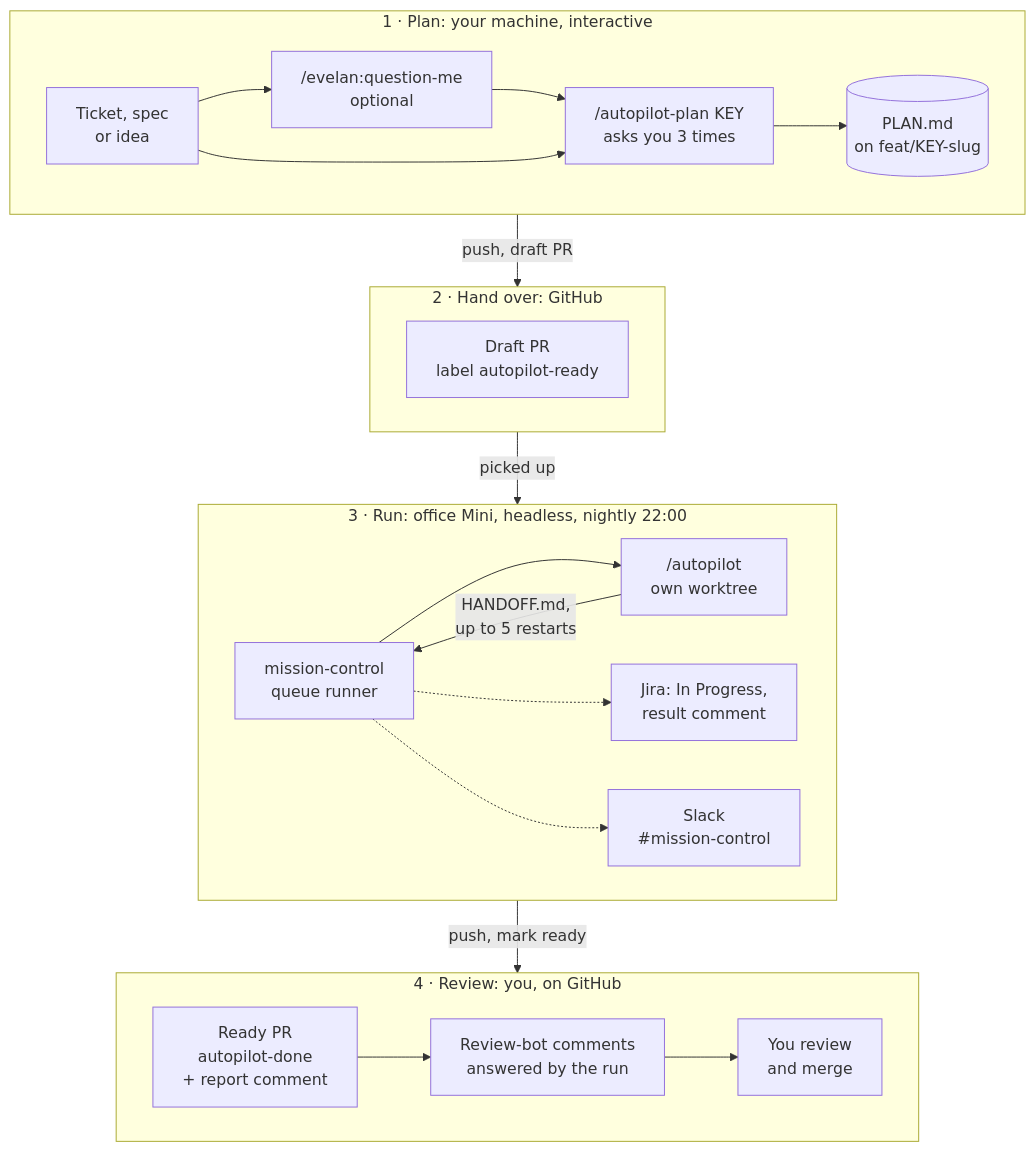
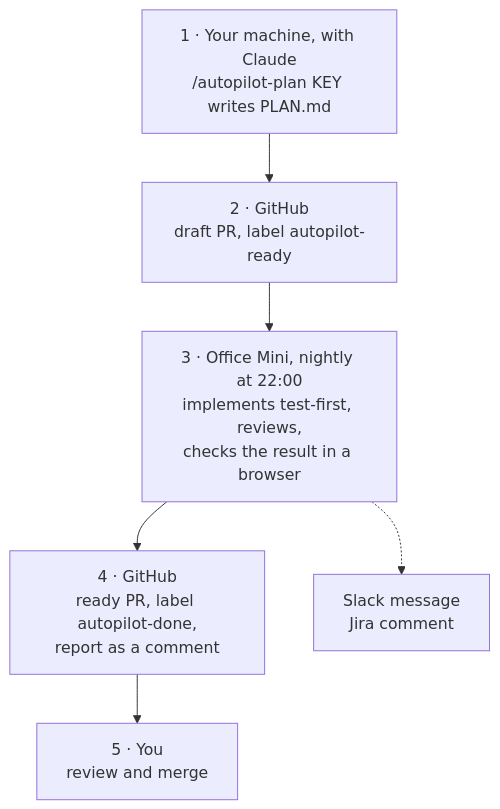
One commit to evelan-de/claude-code-plugins changed the first of 7 diagrams in docs/autopilot-developer-guide.md. Above: the diagram before and after it, drawn with Mermaid. The commit also changed other lines of this file and 9 other files, not shown here.

Commit message:
docs+fix(autopilot): README and developer guide describe the current state only; developer PRs: replies from the queue machine count as answered, start comment on the PR, plan branches from origin/<base> (plugin 3.1.4)

````diff
--- a/docs/autopilot-developer-guide.md
+++ b/docs/autopilot-developer-guide.md
@@ -33,33 +35,8 @@
 ```mermaid
 flowchart TB
-    subgraph S1["1 · Plan: your machine, interactive"]
-        direction LR
-        T["Ticket, spec<br/>or idea"] --> Q["/evelan:question-me<br/>optional"]
-        Q --> P["/autopilot-plan KEY<br/>asks you 3 times"]
-        T --> P
-        P --> PLAN[("PLAN.md<br/>on feat/KEY-slug")]
-    end
-
-    subgraph S2["2 · Hand over: GitHub"]
-        direction LR
-        DPR["Draft PR<br/>label autopilot-ready"]
-    end
-
-    subgraph S3["3 · Run: office Mini, headless, nightly 22:00"]
-        direction LR
-        MC["mission-control<br/>queue runner"] --> RUN["/autopilot<br/>own worktree"]
-        RUN -- "HANDOFF.md,<br/>up to 5 restarts" --> MC
-        MC -.-> JIRA["Jira: In Progress,<br/>result comment"]
-        MC -.-> SLACK["Slack<br/>#mission-control"]
-    end
-
-    subgraph S4["4 · Review: you, on GitHub"]
-        direction LR
-        RPR["Ready PR<br/>autopilot-done<br/>+ report comment"] --> BOT["Review-bot comments<br/>answered by the run"]
-        BOT --> YOU["You review<br/>and merge"]
-    end
-
-    PLAN -- "push, draft PR" --> DPR
-    DPR -- "picked up" --> MC
-    RUN -- "push, mark ready" --> RPR
+    A["1 · Your machine, with Claude<br/>/autopilot-plan KEY writes PLAN.md"] --> B["2 · GitHub<br/>draft PR, label autopilot-ready"]
+    B --> C["3 · Office Mini, nightly at 22:00<br/>implements test-first, reviews,<br/>checks the result in a browser"]
+    C --> D["4 · GitHub<br/>ready PR, label autopilot-done,<br/>report as a comment"]
+    D --> E["5 · You<br/>review and merge"]
+    C -.-> N["Slack message<br/>Jira comment"]
 ```
````
